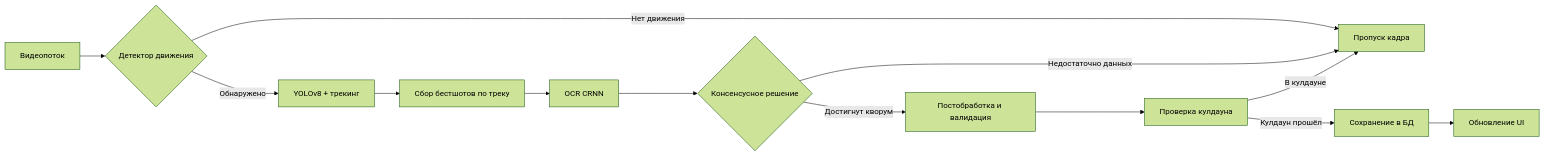
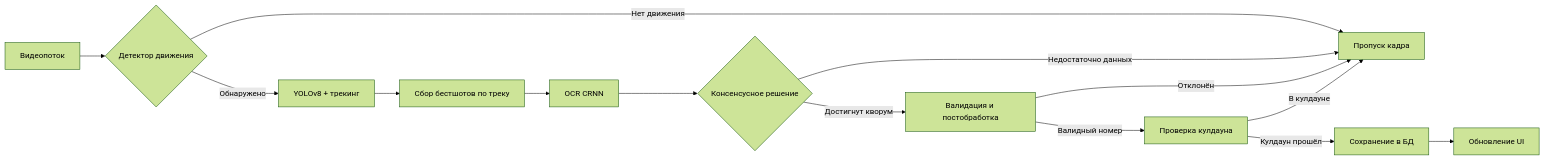
One commit to quick-1y/ANPR-System-v0.5 changed the diagram in README.md. Above: the diagram before and after it, drawn with Mermaid (forest theme). The commit also changed other lines of this file and 24 other files, not shown here.

````diff
--- a/README.md
+++ b/README.md
@@ -129,15 +119,16 @@
 ```mermaid
 flowchart LR
     A[Видеопоток] --> B{Детектор движения}
     B -->|Обнаружено| C[YOLOv8 + трекинг]
     B -->|Нет движения| Z[Пропуск кадра]
     C --> D[Сбор бестшотов по треку]
     D --> E[OCR CRNN]
     E --> F{Консенсусное решение}
+    F -->|Достигнут кворум| V[Валидация и постобработка]
     F -->|Недостаточно данных| Z
-    F -->|Достигнут кворум| G[Постобработка и валидация]
-    G --> H[Проверка кулдауна]
-    H -->|Кулдаун прошёл| I[Сохранение в БД]
-    H -->|В кулдауне| Z
-    I --> J[Обновление UI]
+    V -->|Валидный номер| G[Проверка кулдауна]
+    V -->|Отклонён| Z
+    G -->|Кулдаун прошёл| H[Сохранение в БД]
+    G -->|В кулдауне| Z
+    H --> I[Обновление UI]
 ```
````
